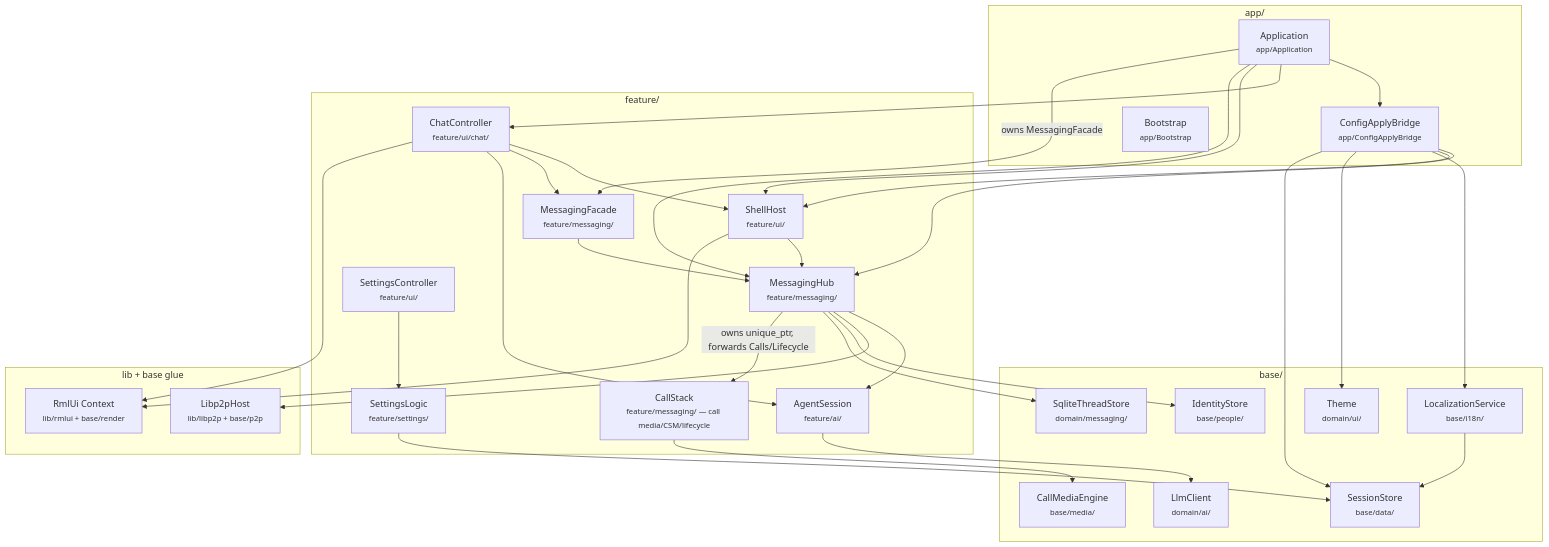
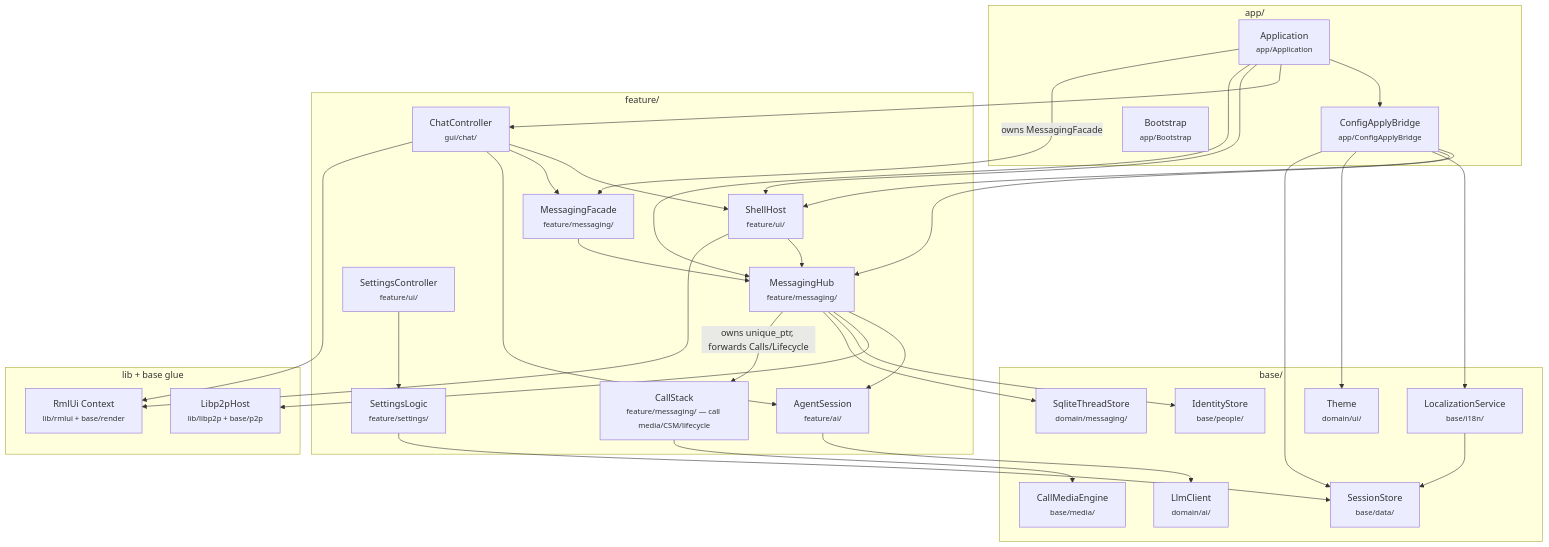
The first of 4 diagrams in docs/architecture/RUNTIME_COMPOSITION.md (people-post/pp-browser), drawn with Mermaid before and after one commit. The commit also changed other lines of this file and 242 other files, not shown here.

First line of the commit message:
refactor: lift feature/ui to src/gui above feature (f7v1)

````diff
--- a/docs/architecture/RUNTIME_COMPOSITION.md
+++ b/docs/architecture/RUNTIME_COMPOSITION.md
@@ -18,63 +18,63 @@
 ```mermaid
 flowchart TB
   subgraph app_layer["app/"]
     Application["Application<br/><small>app/Application</small>"]
     ConfigApplyBridge["ConfigApplyBridge<br/><small>app/ConfigApplyBridge</small>"]
     Bootstrap["Bootstrap<br/><small>app/Bootstrap</small>"]
   end
 
   subgraph feature_layer["feature/"]
     SettingsLogic["SettingsLogic<br/><small>feature/settings/</small>"]
     AgentSession["AgentSession<br/><small>feature/ai/</small>"]
     MessagingHub["MessagingHub<br/><small>feature/messaging/</small>"]
     CallStack["CallStack<br/><small>feature/messaging/ — call media/CSM/lifecycle</small>"]
     MessagingFacade["MessagingFacade<br/><small>feature/messaging/</small>"]
     ShellHost["ShellHost<br/><small>feature/ui/</small>"]
     SettingsController["SettingsController<br/><small>feature/ui/</small>"]
-    ChatController["ChatController<br/><small>feature/ui/chat/</small>"]
+    ChatController["ChatController<br/><small>gui/chat/</small>"]
   end
 
   subgraph base_layer["base/"]
     SessionStore["SessionStore<br/><small>base/data/</small>"]
     LocalizationService["LocalizationService<br/><small>base/i18n/</small>"]
     Theme["Theme<br/><small>domain/ui/</small>"]
     IdentityStore["IdentityStore<br/><small>base/people/</small>"]
     ThreadStore["SqliteThreadStore<br/><small>domain/messaging/</small>"]
     LlmClient["LlmClient<br/><small>domain/ai/</small>"]
     CallMediaEngine["CallMediaEngine<br/><small>base/media/</small>"]
   end
 
   subgraph libs["lib + base glue"]
     RmlUi["RmlUi Context<br/><small>lib/rmlui + base/render</small>"]
     Libp2p["Libp2pHost<br/><small>lib/libp2p + base/p2p</small>"]
   end
 
   Application --> ConfigApplyBridge
   Application --> ChatController
   Application --> ShellHost
   Application --> MessagingHub
   Application -->|owns MessagingFacade| MessagingFacade
   MessagingFacade --> MessagingHub
   ConfigApplyBridge --> MessagingHub
   ConfigApplyBridge --> ShellHost
   ConfigApplyBridge --> LocalizationService
   ConfigApplyBridge --> Theme
   ConfigApplyBridge --> SessionStore
 
   ChatController --> ShellHost
   ChatController --> MessagingFacade
   ChatController --> AgentSession
   ShellHost --> MessagingHub
   SettingsController --> SettingsLogic
   MessagingHub --> AgentSession
   MessagingHub --> Libp2p
   MessagingHub --> IdentityStore
   MessagingHub --> ThreadStore
   MessagingHub -->|owns unique_ptr, forwards Calls/Lifecycle| CallStack
   CallStack --> CallMediaEngine
   ShellHost --> RmlUi
   ChatController --> RmlUi
   SettingsLogic --> SessionStore
   AgentSession --> LlmClient
   LocalizationService --> SessionStore
 ```
````
